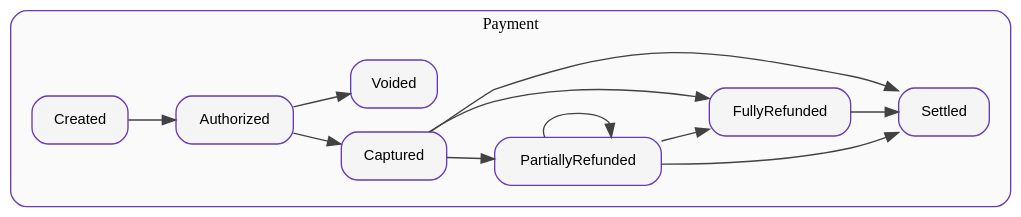
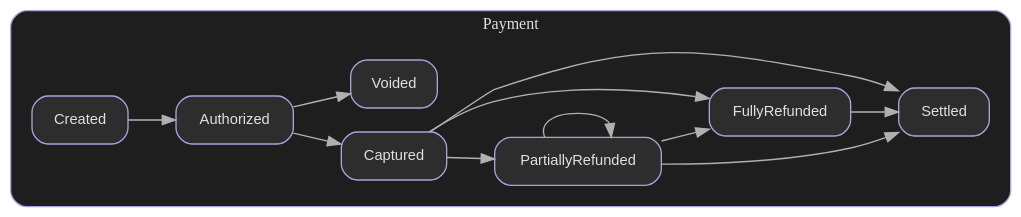
Before and after one commit to elijahr/nim-typestates: the second of 4 diagrams in docs/guide/visualization.md, drawn with Graphviz. The commit also changed other lines of this file and 9 other files, not shown here.

First line of the commit message:
feat(viz): dark mode styling for diagrams matching mkdocs-material slate theme

````diff
--- a/docs/guide/visualization.md
+++ b/docs/guide/visualization.md
@@ -105,39 +106,40 @@
 ```dot
 digraph {
   rankdir=LR;
   bgcolor="transparent";
   pad=0.5;
 
-  node [shape=box, style="rounded,filled", fillcolor="#f5f5f5", color="#673ab7", fontname="Helvetica", fontsize=11, margin="0.2,0.1"];
-  edge [fontname="Helvetica", fontsize=9, color="#424242"];
+  node [shape=box, style="rounded,filled", fillcolor="#2d2d2d", color="#b39ddb", fontcolor="#e0e0e0", fontname="Helvetica", fontsize=11, margin="0.2,0.1"];
+  edge [fontname="Helvetica", fontsize=9, color="#b0b0b0"];
 
   subgraph cluster_Payment {
     label="Payment";
     fontname="Helvetica Bold";
     fontsize=12;
+    fontcolor="#e0e0e0";
     style="rounded";
-    color="#673ab7";
-    bgcolor="#fafafa";
+    color="#b39ddb";
+    bgcolor="#1e1e1e";
     margin=16;
 
     Created;
     Authorized;
     Captured;
     PartiallyRefunded;
     FullyRefunded;
     Settled;
     Voided;
 
     Created -> Authorized;
     Authorized -> Captured;
     Authorized -> Voided;
     Captured -> PartiallyRefunded;
     Captured -> FullyRefunded;
     Captured -> Settled;
     PartiallyRefunded -> PartiallyRefunded;
     PartiallyRefunded -> FullyRefunded;
     PartiallyRefunded -> Settled;
     FullyRefunded -> Settled;
   }
 }
 ```
````
